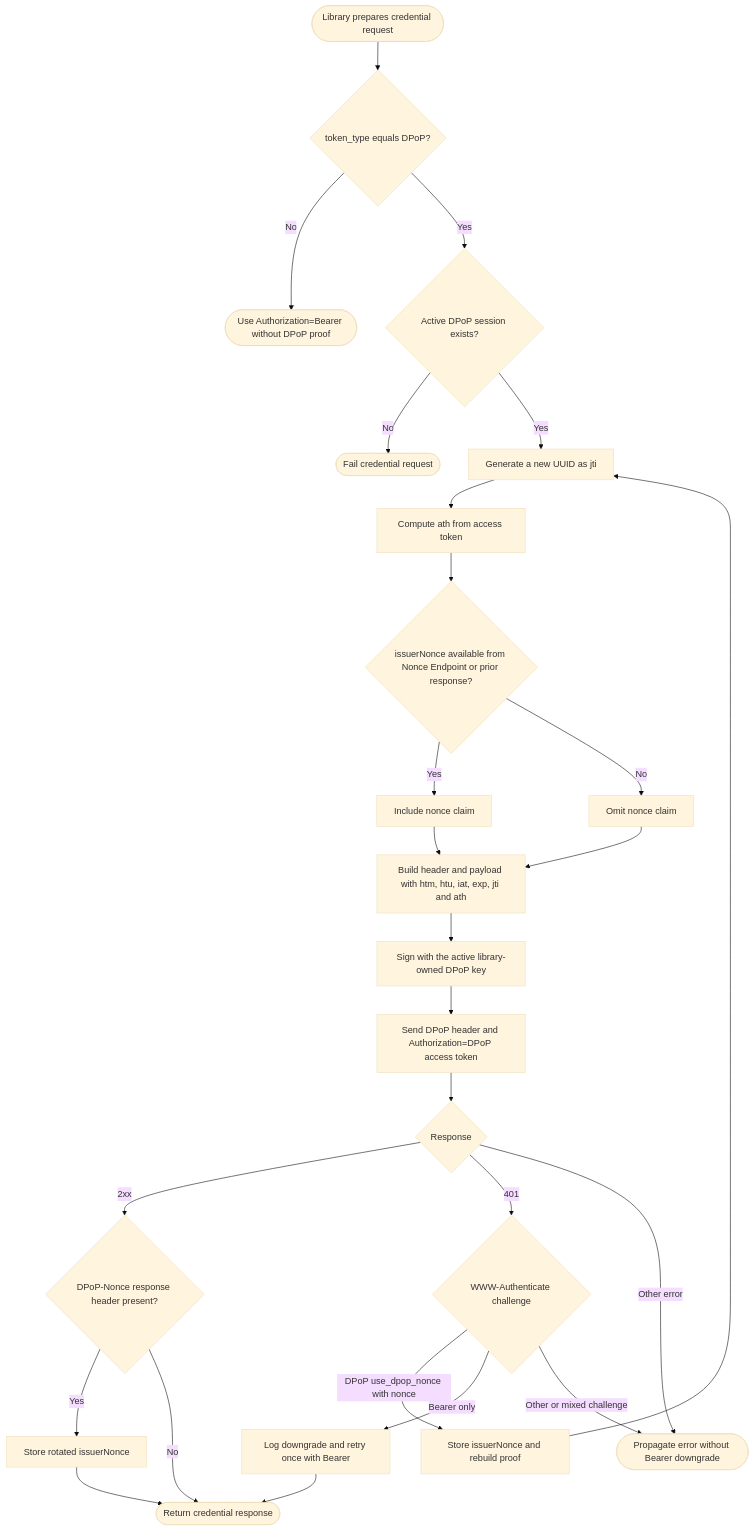
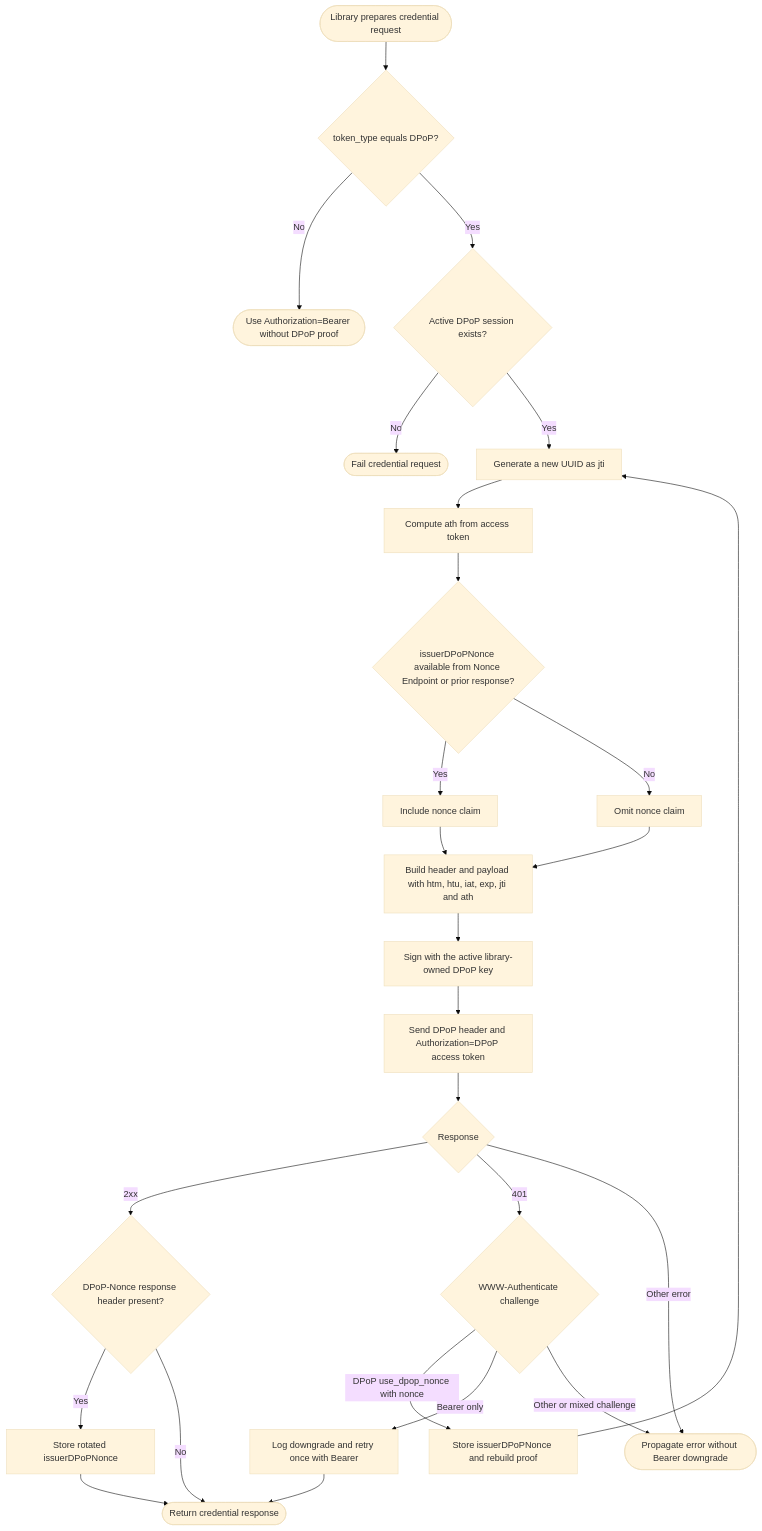
Before and after one commit to inji/inji-wallet: the fifth of 9 diagrams in docs/dpop-support.md, drawn with Mermaid (base theme). The commit also changed other lines of this file, not shown here.

First line of the commit message:
docs(dpop): clarify nonce naming and token endpoint boundary

````diff
--- a/docs/dpop-support.md
+++ b/docs/dpop-support.md
@@ -254,28 +254,28 @@
 ```mermaid
 flowchart TD
   A([Library prepares credential request]) --> B{token_type equals DPoP?}
   B -- No --> C([Use Authorization=Bearer without DPoP proof])
   B -- Yes --> D{Active DPoP session exists?}
   D -- No --> E([Fail credential request])
   D -- Yes --> F[Generate a new UUID as jti]
   F --> G[Compute ath from access token]
-  G --> H{issuerNonce available from Nonce Endpoint or prior response?}
+  G --> H{issuerDPoPNonce available from Nonce Endpoint or prior response?}
   H -- Yes --> I[Include nonce claim]
   H -- No --> J[Omit nonce claim]
   I --> K[Build header and payload with htm, htu, iat, exp, jti and ath]
   J --> K
   K --> L[Sign with the active library-owned DPoP key]
   L --> M[Send DPoP header and Authorization=DPoP access token]
   M --> N{Response}
   N -- 2xx --> O{DPoP-Nonce response header present?}
-  O -- Yes --> P[Store rotated issuerNonce]
+  O -- Yes --> P[Store rotated issuerDPoPNonce]
   O -- No --> Q([Return credential response])
   P --> Q
   N -- 401 --> R{WWW-Authenticate challenge}
-  R -- DPoP use_dpop_nonce with nonce --> S[Store issuerNonce and rebuild proof]
+  R -- DPoP use_dpop_nonce with nonce --> S[Store issuerDPoPNonce and rebuild proof]
   S --> F
   R -- Bearer only --> T[Log downgrade and retry once with Bearer]
   T --> Q
   R -- Other or mixed challenge --> U([Propagate error without Bearer downgrade])
   N -- Other error --> U
 ```
````
